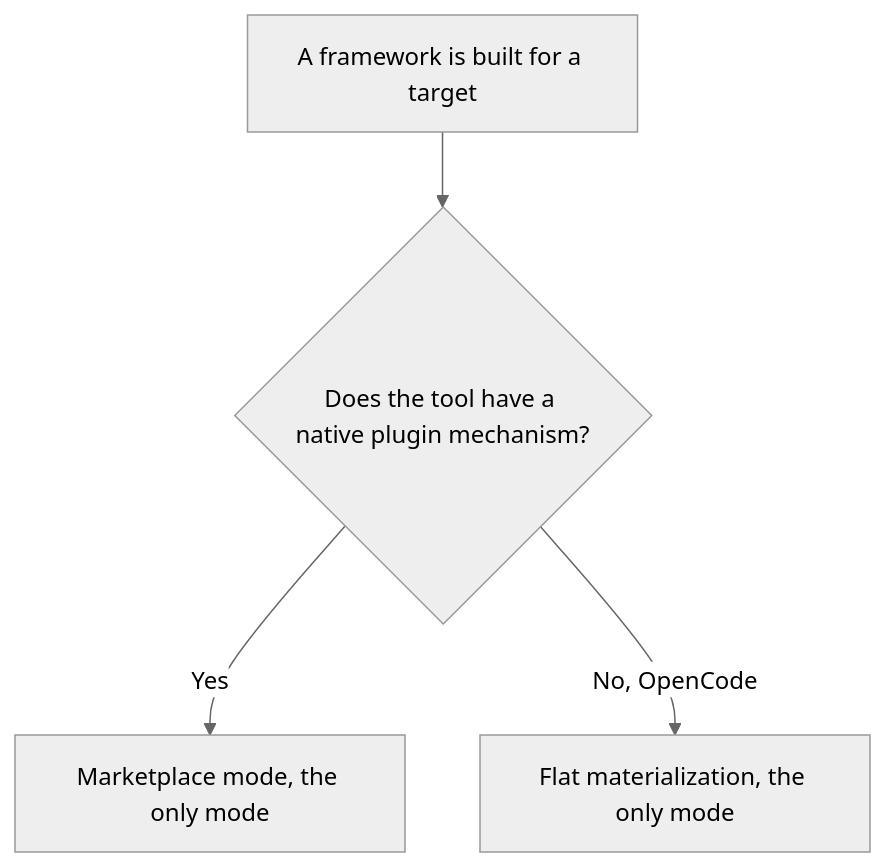
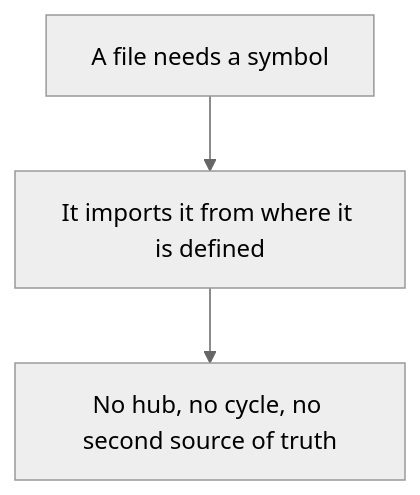
The first of 2 diagrams in cli/aidd_docs/tasks/2026_08/2026_08_20_refactor-contextes-cli/phase-5.md (ai-driven-dev/aidd-framework), drawn with Mermaid (neutral theme) before and after one commit. The commit also changed other lines of this file and 17 other files, not shown here.

````diff
--- a/cli/aidd_docs/tasks/2026_08/2026_08_20_refactor-contextes-cli/phase-5.md
+++ b/cli/aidd_docs/tasks/2026_08/2026_08_20_refactor-contextes-cli/phase-5.md
@@ -35,6 +33,5 @@
 ```mermaid
 flowchart TD
-  A[A framework is built for a target] --> B{Does the tool have a native plugin mechanism?}
-  B -->|Yes| C[Marketplace mode, the only mode]
-  B -->|No, OpenCode| D[Flat materialization, the only mode]
+  A[A file needs a symbol] --> B[It imports it from where it is defined]
+  B --> C[No hub, no cycle, no second source of truth]
 ```
````
